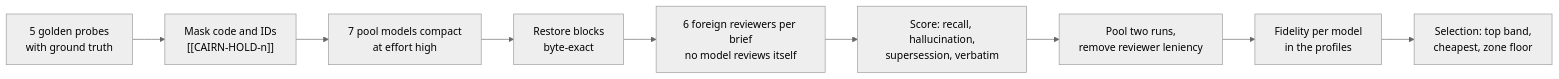
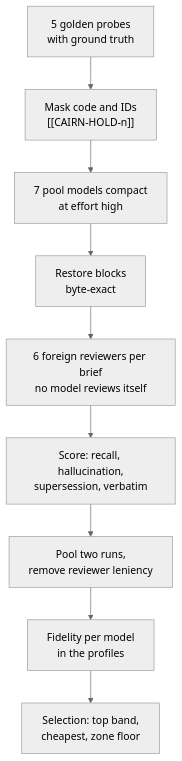
Before and after one commit to CheswickDEV/cairn: the sixth of 8 diagrams in README.md, drawn with Mermaid (neutral theme). The commit also changed other lines of this file, not shown here.

First line of the commit message:
docs(readme): diagram corrections from two independent reviews

````diff
--- a/README.md
+++ b/README.md
@@ -314,11 +311,11 @@
 ```mermaid
-flowchart LR
+flowchart TB
     probes["5 golden probes<br/>with ground truth"] --> mask["Mask code and IDs<br/>[[CAIRN-HOLD-n]]"]
     mask --> compact["7 pool models compact<br/>at effort high"]
     compact --> restore["Restore blocks<br/>byte-exact"]
     restore --> review["6 foreign reviewers per brief<br/>no model reviews itself"]
     review --> score["Score: recall, hallucination,<br/>supersession, verbatim"]
     score --> pool["Pool two runs,<br/>remove reviewer leniency"]
     pool --> profiles["Fidelity per model<br/>in the profiles"]
     profiles --> select["Selection: top band,<br/>cheapest, zone floor"]
 ```
````
